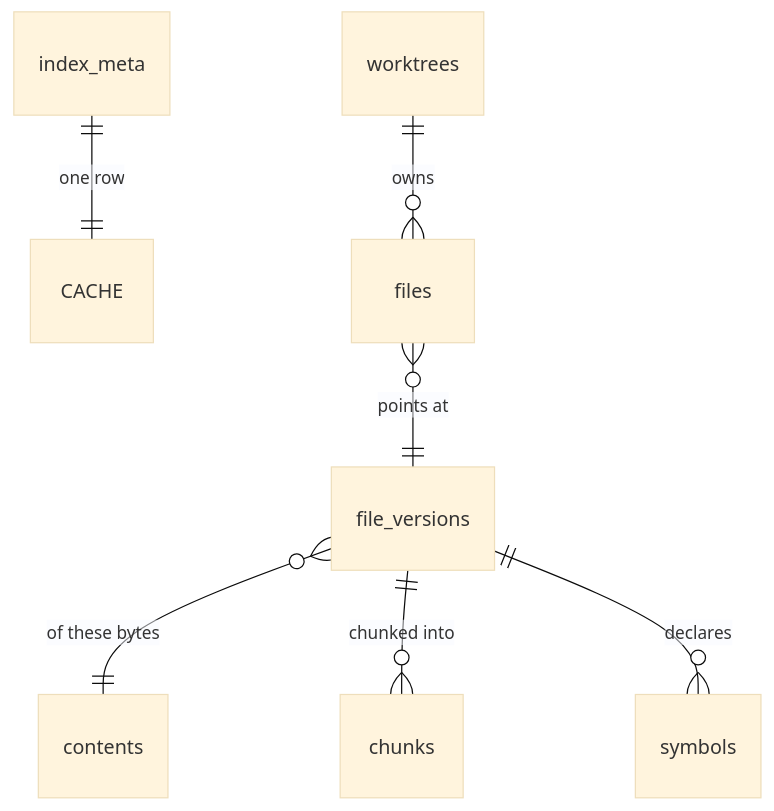
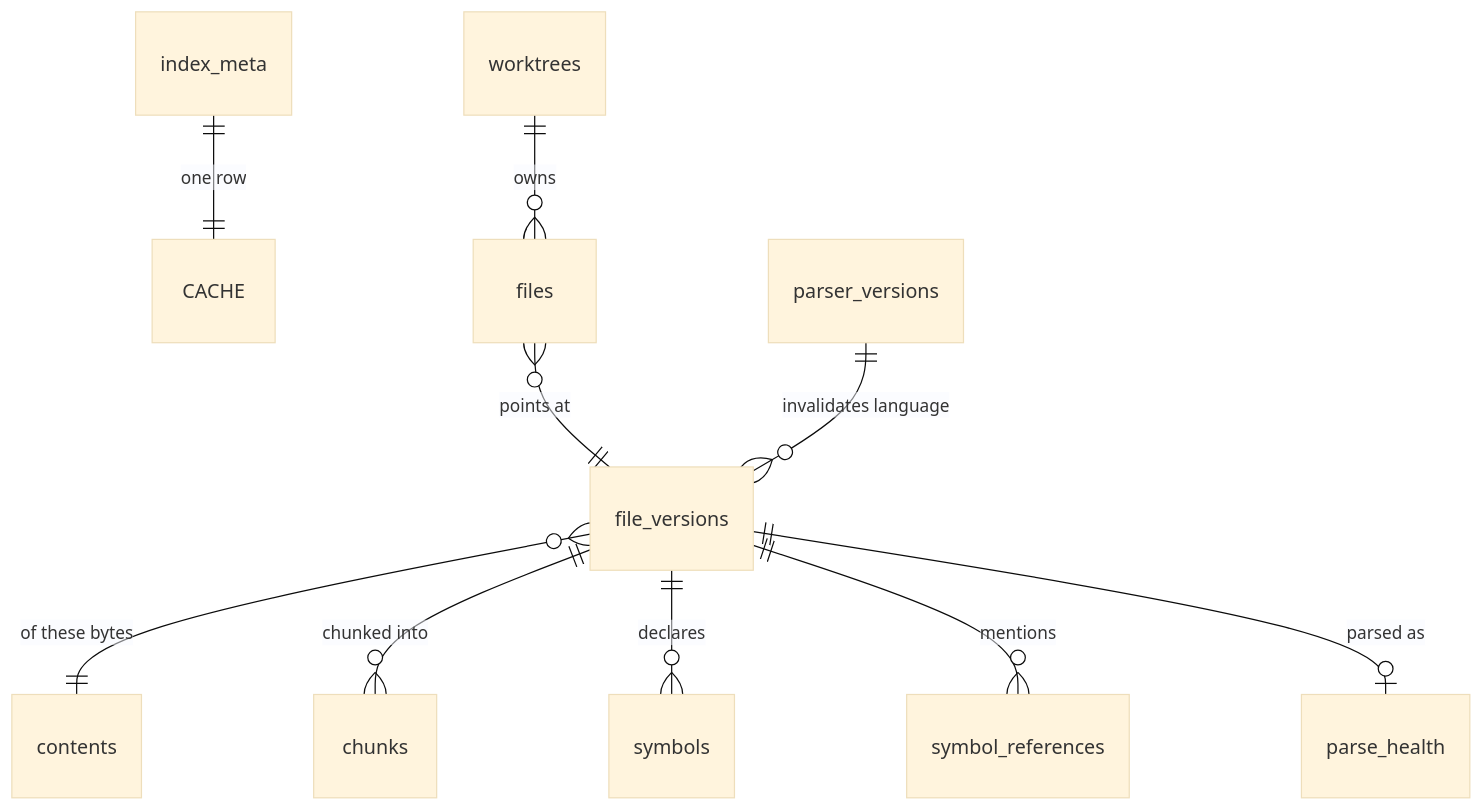
The first of 2 diagrams in docs/context-index.md (fullstacktaiye/Harkness), drawn with Mermaid (base theme) before and after one commit. The commit also changed other lines of this file and 35 other files, not shown here.

First line of the commit message:
Add language detection and structural symbol extraction (#241)

````diff
--- a/docs/context-index.md
+++ b/docs/context-index.md
@@ -24,9 +25,12 @@
 ```mermaid
 erDiagram
     index_meta ||--|| CACHE : "one row"
     worktrees ||--o{ files : "owns"
     files }o--|| file_versions : "points at"
     file_versions }o--|| contents : "of these bytes"
     file_versions ||--o{ chunks : "chunked into"
     file_versions ||--o{ symbols : "declares"
+    file_versions ||--o{ symbol_references : "mentions"
+    file_versions ||--o| parse_health : "parsed as"
+    parser_versions ||--o{ file_versions : "invalidates language"
 ```
````
